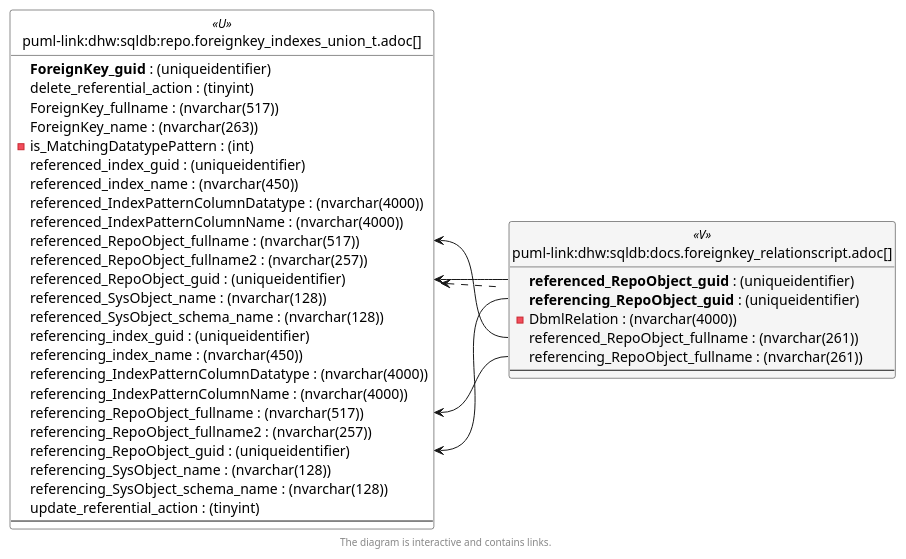
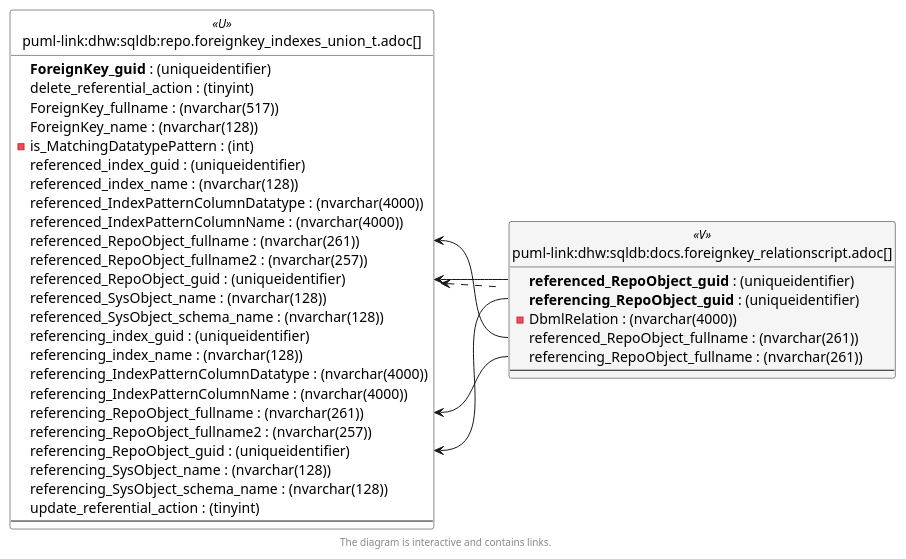
One commit to DataHandwerk/dhw-antora-sqldb changed the sixth of 6 diagrams in docs/modules/sqldb/partials/content/docs.foreignkey_relationscript.adoc. Above: the diagram before and after it, drawn with PlantUML. The commit also changed other lines of this file and 641 other files, not shown here.

```diff
--- a/docs/modules/sqldb/partials/content/docs.foreignkey_relationscript.adoc
+++ b/docs/modules/sqldb/partials/content/docs.foreignkey_relationscript.adoc
@@ -1719,77 +1719,77 @@
 [plantuml, entity_1_1_colref-{docname}, svg, subs=macros]
 ....
 @startuml
 left to right direction
 'top to bottom direction
 hide circle
 'avoide "." issues:
 set namespaceSeparator none
 
 
 skinparam class {
   BackgroundColor White
   BackgroundColor<<FN>> Yellow
   BackgroundColor<<FS>> Yellow
   BackgroundColor<<FT>> LightGray
   BackgroundColor<<IF>> Yellow
   BackgroundColor<<IS>> Yellow
   BackgroundColor<<P>>  Aqua
   BackgroundColor<<PC>> Aqua
   BackgroundColor<<SN>> Yellow
   BackgroundColor<<SO>> SlateBlue
   BackgroundColor<<TF>> LightGray
   BackgroundColor<<TR>> Tomato
   BackgroundColor<<U>>  White
   BackgroundColor<<V>>  WhiteSmoke
   BackgroundColor<<X>>  Aqua
   BackgroundColor<<external>> AliceBlue
 }
 
 
 entity "puml-link:dhw:sqldb:docs.foreignkey_relationscript.adoc[]" as docs.ForeignKey_RelationScript << V >> {
   **referenced_RepoObject_guid** : (uniqueidentifier)
   **referencing_RepoObject_guid** : (uniqueidentifier)
   - DbmlRelation : (nvarchar(4000))
   referenced_RepoObject_fullname : (nvarchar(261))
   referencing_RepoObject_fullname : (nvarchar(261))
   --
 }
 
 entity "puml-link:dhw:sqldb:repo.foreignkey_indexes_union_t.adoc[]" as repo.ForeignKey_Indexes_union_T << U >> {
   **ForeignKey_guid** : (uniqueidentifier)
   delete_referential_action : (tinyint)
   ForeignKey_fullname : (nvarchar(517))
-  ForeignKey_name : (nvarchar(263))
+  ForeignKey_name : (nvarchar(128))
   - is_MatchingDatatypePattern : (int)
   referenced_index_guid : (uniqueidentifier)
-  referenced_index_name : (nvarchar(450))
+  referenced_index_name : (nvarchar(128))
   referenced_IndexPatternColumnDatatype : (nvarchar(4000))
   referenced_IndexPatternColumnName : (nvarchar(4000))
-  referenced_RepoObject_fullname : (nvarchar(517))
+  referenced_RepoObject_fullname : (nvarchar(261))
   referenced_RepoObject_fullname2 : (nvarchar(257))
   referenced_RepoObject_guid : (uniqueidentifier)
   referenced_SysObject_name : (nvarchar(128))
   referenced_SysObject_schema_name : (nvarchar(128))
   referencing_index_guid : (uniqueidentifier)
-  referencing_index_name : (nvarchar(450))
+  referencing_index_name : (nvarchar(128))
   referencing_IndexPatternColumnDatatype : (nvarchar(4000))
   referencing_IndexPatternColumnName : (nvarchar(4000))
-  referencing_RepoObject_fullname : (nvarchar(517))
+  referencing_RepoObject_fullname : (nvarchar(261))
   referencing_RepoObject_fullname2 : (nvarchar(257))
   referencing_RepoObject_guid : (uniqueidentifier)
   referencing_SysObject_name : (nvarchar(128))
   referencing_SysObject_schema_name : (nvarchar(128))
   update_referential_action : (tinyint)
   --
 }
 
 repo.ForeignKey_Indexes_union_T <.. docs.ForeignKey_RelationScript
 "repo.ForeignKey_Indexes_union_T::referenced_RepoObject_fullname" <-- "docs.ForeignKey_RelationScript::referenced_RepoObject_fullname"
 "repo.ForeignKey_Indexes_union_T::referenced_RepoObject_guid" <-- "docs.ForeignKey_RelationScript::referenced_RepoObject_guid"
 "repo.ForeignKey_Indexes_union_T::referencing_RepoObject_fullname" <-- "docs.ForeignKey_RelationScript::referencing_RepoObject_fullname"
 "repo.ForeignKey_Indexes_union_T::referencing_RepoObject_guid" <-- "docs.ForeignKey_RelationScript::referencing_RepoObject_guid"
 
 footer The diagram is interactive and contains links.
 
 @enduml
 ....
```
